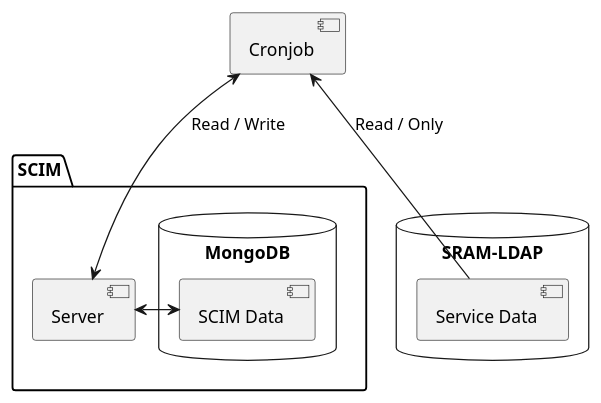
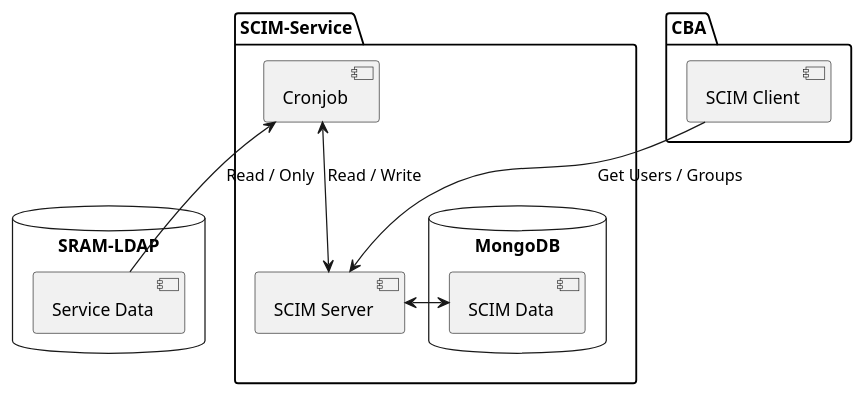
The diagram in assets/components.iuml (HarryKodden/cba-scim), drawn with PlantUML before and after one commit. The commit also changed 1 other file, not shown here.

Commit message:
adjusted diagram

```diff
--- a/assets/components.iuml
+++ b/assets/components.iuml
@@ -1,20 +1,24 @@
 @startuml
 
 database "SRAM-LDAP" {
   [Service Data]
 }
 
+package [CBA] {
+  [SCIM Client]
+}
 
-package [SCIM] {
-  [Server]
+package [SCIM-Service] {
+  [SCIM Server]
+  [Cronjob]
 
   database "MongoDB" {
     [SCIM Data]
   }
 }
 
 [Cronjob] <-- [Service Data]: Read / Only
-[Cronjob] <--> [Server]: Read / Write
-[Server] <-> [SCIM Data]
-
+[Cronjob] <--> [SCIM Server]: Read / Write
+[SCIM Server] <-> [SCIM Data]
+[SCIM Client] --> [SCIM Server] : Get Users / Groups
 @enduml
```
